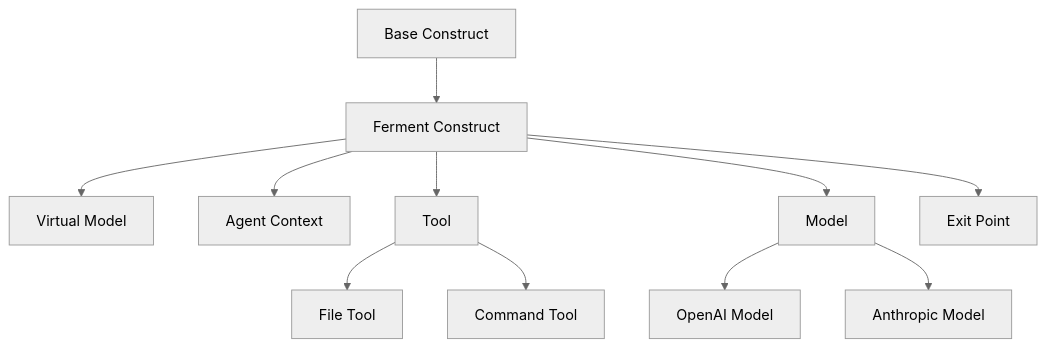
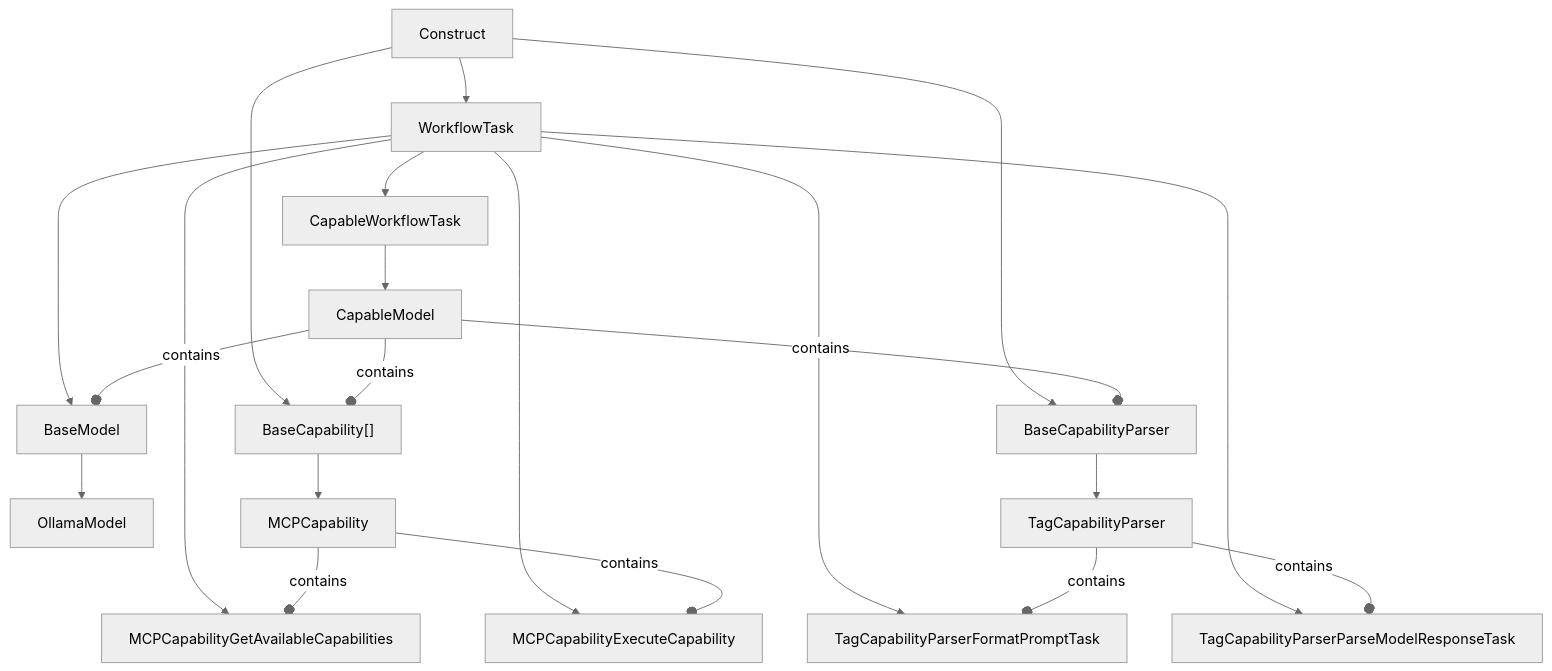
One commit to liamzdenek/ferment-ai changed the first of 3 diagrams in memory-bank/systemPatterns.md. Above: the diagram before and after it, drawn with Mermaid (neutral theme). The commit also changed other lines of this file and 4 other files, not shown here.

````diff
--- a/memory-bank/systemPatterns.md
+++ b/memory-bank/systemPatterns.md
@@ -9,13 +9,38 @@
 ```mermaid
 graph TD
-    Construct[Base Construct] --> FermentConstruct[Ferment Construct]
-    FermentConstruct --> VirtualModel[Virtual Model]
-    FermentConstruct --> AgentContext[Agent Context]
-    FermentConstruct --> Tool[Tool]
-    FermentConstruct --> Model[Model]
-    FermentConstruct --> ExitPoint[Exit Point]
-    Model --> OpenAIModel[OpenAI Model]
-    Model --> AnthropicModel[Anthropic Model]
-    Tool --> FileTool[File Tool]
-    Tool --> CommandTool[Command Tool]
+    %% Base Classes
+    Construct[Construct] --> WorkflowTask[WorkflowTask]
+    Construct --> BaseCapability[BaseCapability]
+    Construct --> BaseCapabilityParser[BaseCapabilityParser]
+    
+    %% WorkflowTask Inheritance
+    WorkflowTask --> CapableWorkflowTask[CapableWorkflowTask]
+    WorkflowTask --> BaseModel[BaseModel]
+    WorkflowTask --> MCPCapabilityGetAvailableCapabilities[MCPCapabilityGetAvailableCapabilities]
+    WorkflowTask --> MCPCapabilityExecuteCapability[MCPCapabilityExecuteCapability]
+    WorkflowTask --> TagCapabilityParserFormatPromptTask[TagCapabilityParserFormatPromptTask]
+    WorkflowTask --> TagCapabilityParserParseModelResponseTask[TagCapabilityParserParseModelResponseTask]
+    
+    %% CapableWorkflowTask Inheritance
+    CapableWorkflowTask --> CapableModel[CapableModel]
+    
+    %% BaseModel Inheritance
+    BaseModel --> OllamaModel[OllamaModel]
+    
+    %% BaseCapability Inheritance
+    BaseCapability --> MCPCapability[MCPCapability]
+    
+    %% BaseCapabilityParser Inheritance
+    BaseCapabilityParser --> TagCapabilityParser[TagCapabilityParser]
+    
+    %% Composition Relationships
+    MCPCapability --o|contains| MCPCapabilityGetAvailableCapabilities
+    MCPCapability --o|contains| MCPCapabilityExecuteCapability
+    
+    TagCapabilityParser --o|contains| TagCapabilityParserFormatPromptTask
+    TagCapabilityParser --o|contains| TagCapabilityParserParseModelResponseTask
+    
+    CapableModel --o|contains| BaseModel
+    CapableModel --o|contains| BaseCapability["BaseCapability[]"]
+    CapableModel --o|contains| BaseCapabilityParser
 ```
````
